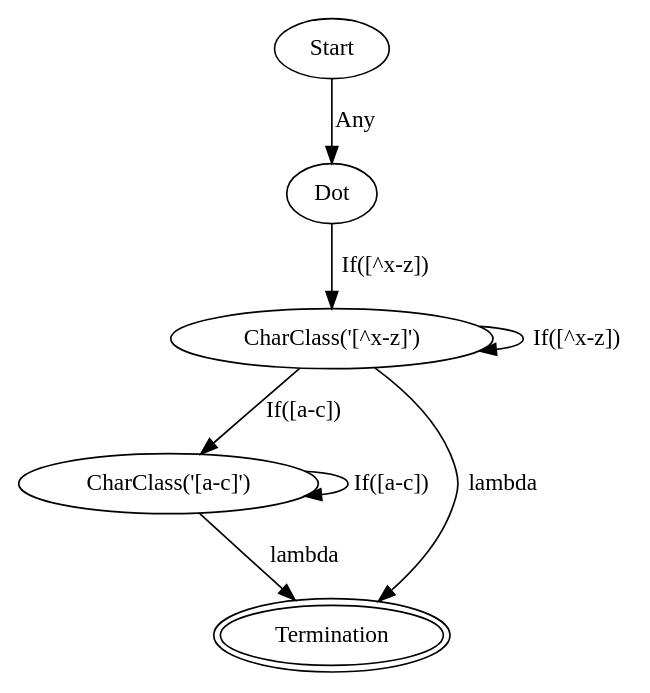
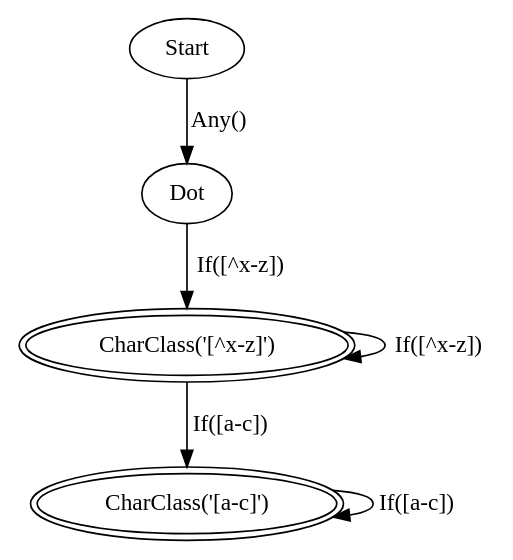
One commit to kerfmanner/Regex_FSM changed the diagram in examples/pattern9.dot. Above: the diagram before and after it, drawn with Graphviz. The commit also changed 14 other files, not shown here.

```diff
--- a/examples/pattern9.dot
+++ b/examples/pattern9.dot
@@ -1,14 +1,11 @@
 digraph FSM {
 node0 [label="Start"];
-node0 -> node1 [label="Any"];
+node0 -> node1 [label="Any()"];
 node1 [label="Dot"];
 node1 -> node2 [label="If([^x-z])"];
-node2 [label="CharClass('[^x-z]')"];
+node2 [label="CharClass('[^x-z]')", peripheries=2];
 node2 -> node2 [label="If([^x-z])"];
 node2 -> node3 [label="If([a-c])"];
-node2 -> node4 [label="lambda"];
-node3 [label="CharClass('[a-c]')"];
+node3 [label="CharClass('[a-c]')", peripheries=2];
 node3 -> node3 [label="If([a-c])"];
-node3 -> node4 [label="lambda"];
-node4 [label="Termination", peripheries=2];
 }
```
